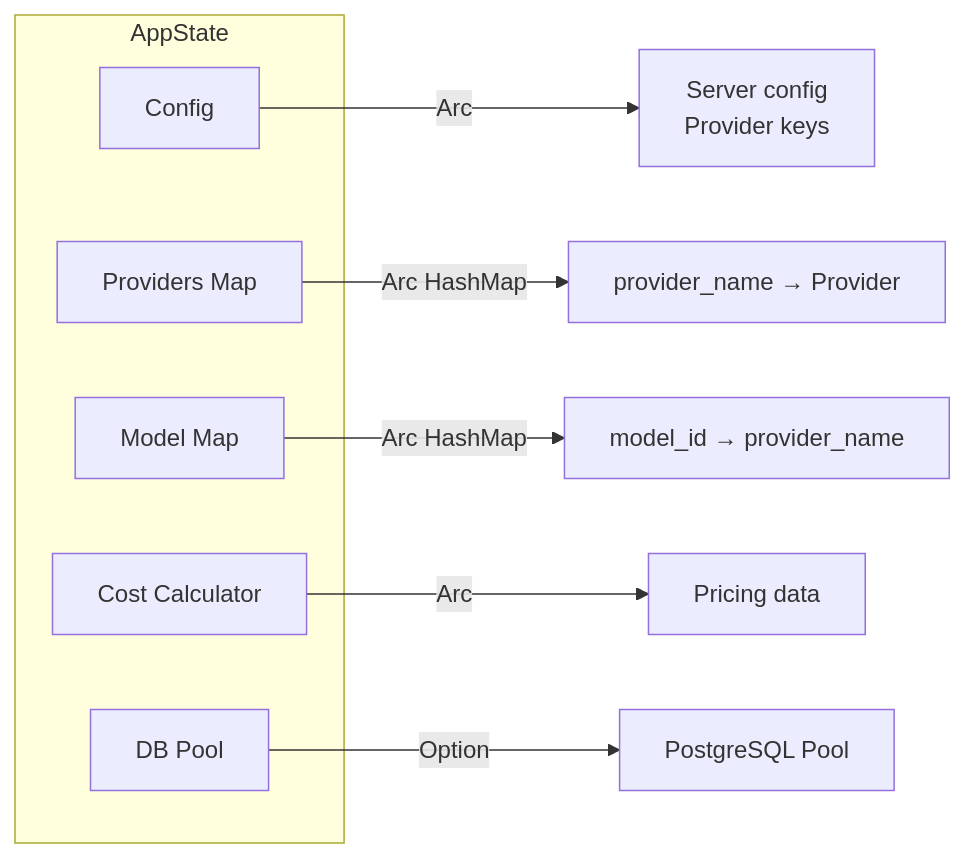
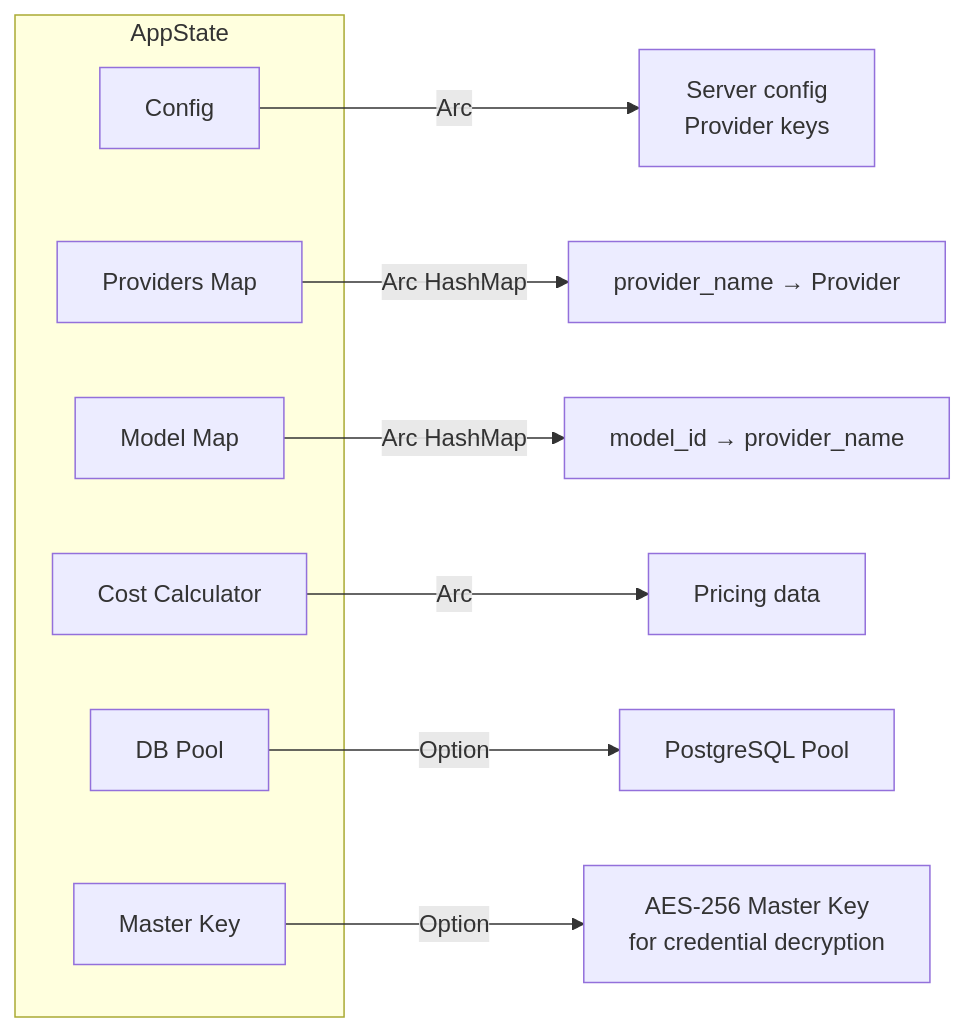
The tenth of 13 diagrams in docs/architecture.md (UmaiTech/aura-llm-gateway), drawn with Mermaid before and after one commit. The commit also changed other lines of this file and 10 other files, not shown here.

````diff
--- a/docs/architecture.md
+++ b/docs/architecture.md
@@ -292,16 +414,18 @@
 ```mermaid
 flowchart LR
     subgraph AppState
         A[Config]
         B[Providers Map]
         C[Model Map]
         D[Cost Calculator]
         E[DB Pool]
+        F[Master Key]
     end
 
     A --> |Arc| A1[Server config<br/>Provider keys]
     B --> |Arc HashMap| B1[provider_name → Provider]
     C --> |Arc HashMap| C1[model_id → provider_name]
     D --> |Arc| D1[Pricing data]
     E --> |Option| E1[PostgreSQL Pool]
+    F --> |Option| F1[AES-256 Master Key<br/>for credential decryption]
 ```
````
